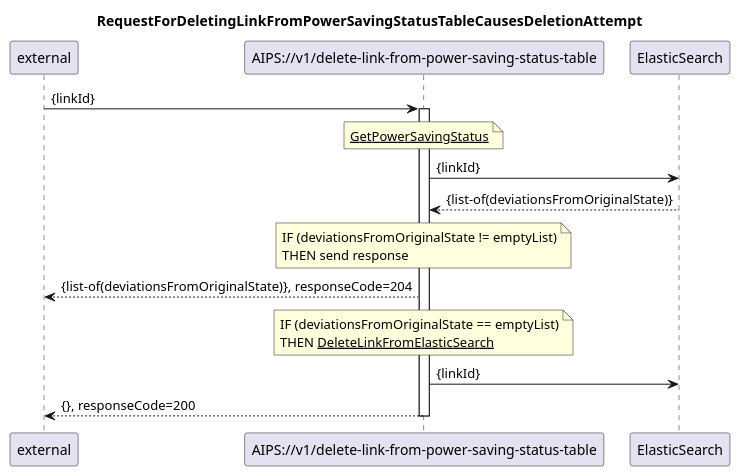
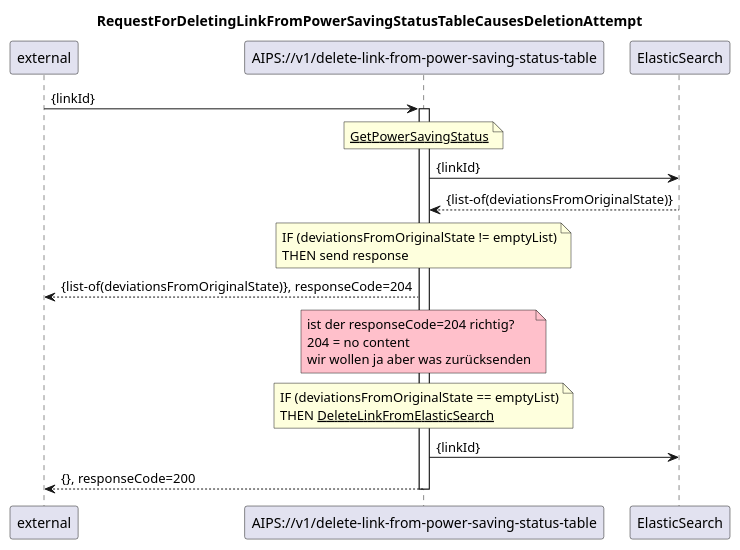
The diagram in spec/diagrams/07 Power Saving Status/705_deleteLinkFromPowerSavingStatusTable.plantuml (openBackhaul/AirInterfacePowerSaver), drawn with PlantUML before and after one commit. The commit also changed 3 other files, not shown here.

```diff
--- a/spec/diagrams/07 Power Saving Status/705_deleteLinkFromPowerSavingStatusTable.plantuml
+++ b/spec/diagrams/07 Power Saving Status/705_deleteLinkFromPowerSavingStatusTable.plantuml
@@ -1,41 +1,50 @@
 @startuml 705_deleteLinkFromPowerSavingStatusTable
 skinparam responseMessageBelowArrow true
 
 title
 RequestForDeletingLinkFromPowerSavingStatusTableCausesDeletionAttempt
 end title
 
 participant "external" as requestor
 participant "AIPS://v1/delete-link-from-power-saving-status-table" as delete
 participant "ElasticSearch" as es
 
 requestor -> delete: {linkId}
 activate delete
 
 'get all linkIds from power saving status table
 note over delete
   <u>GetPowerSavingStatus</u>
 end note
 delete -> es: {linkId}
 es --> delete: {list-of(deviationsFromOriginalState)} 
 
 note over delete
     IF (deviationsFromOriginalState != emptyList)
     THEN send response
 end note
 delete --> requestor: {list-of(deviationsFromOriginalState)}, responseCode=204
 
+note over delete #Pink
+  ist der responseCode=204 richtig?
+  204 = no content
+  wir wollen ja aber was zurücksenden
+end note
+
+
 'now cleanup
 note over delete
     IF (deviationsFromOriginalState == emptyList)
     THEN <u>DeleteLinkFromElasticSearch</u>
 end note
 delete -> es: {linkId}
 
 delete --> requestor: {}, responseCode=200
 
 
 
+
+
 deactivate delete 
 
 @enduml
```
